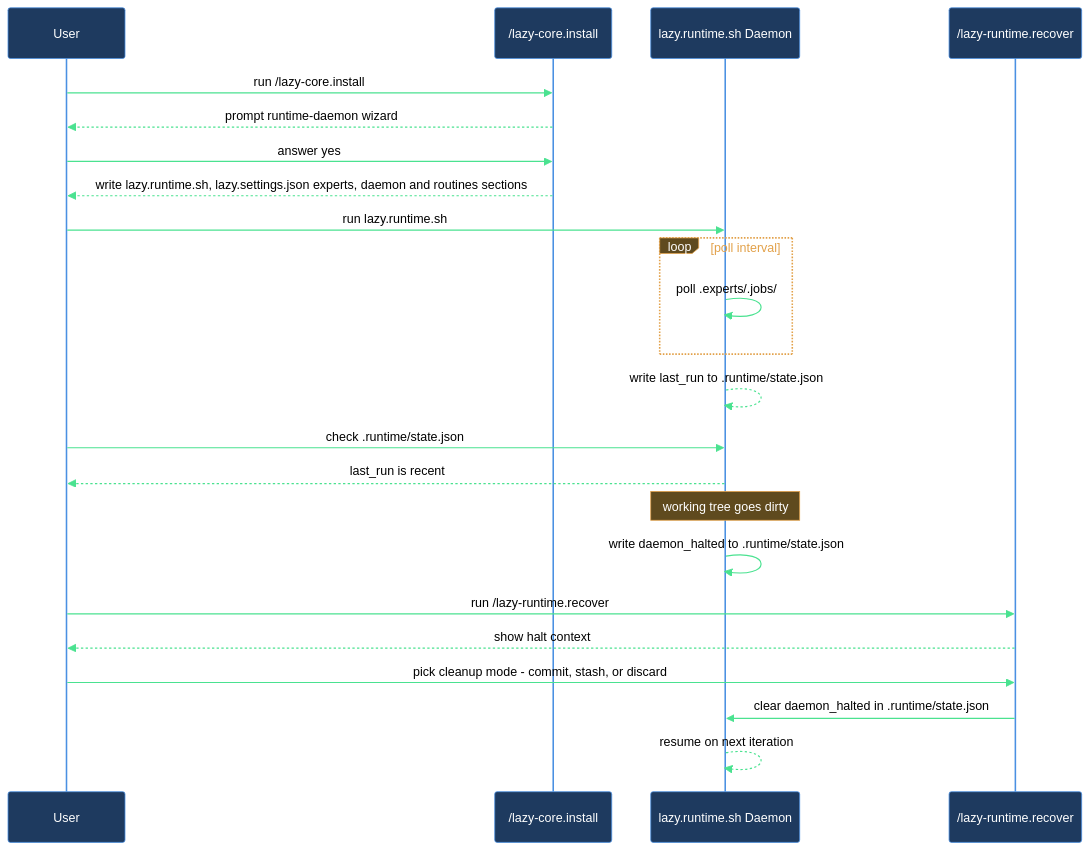
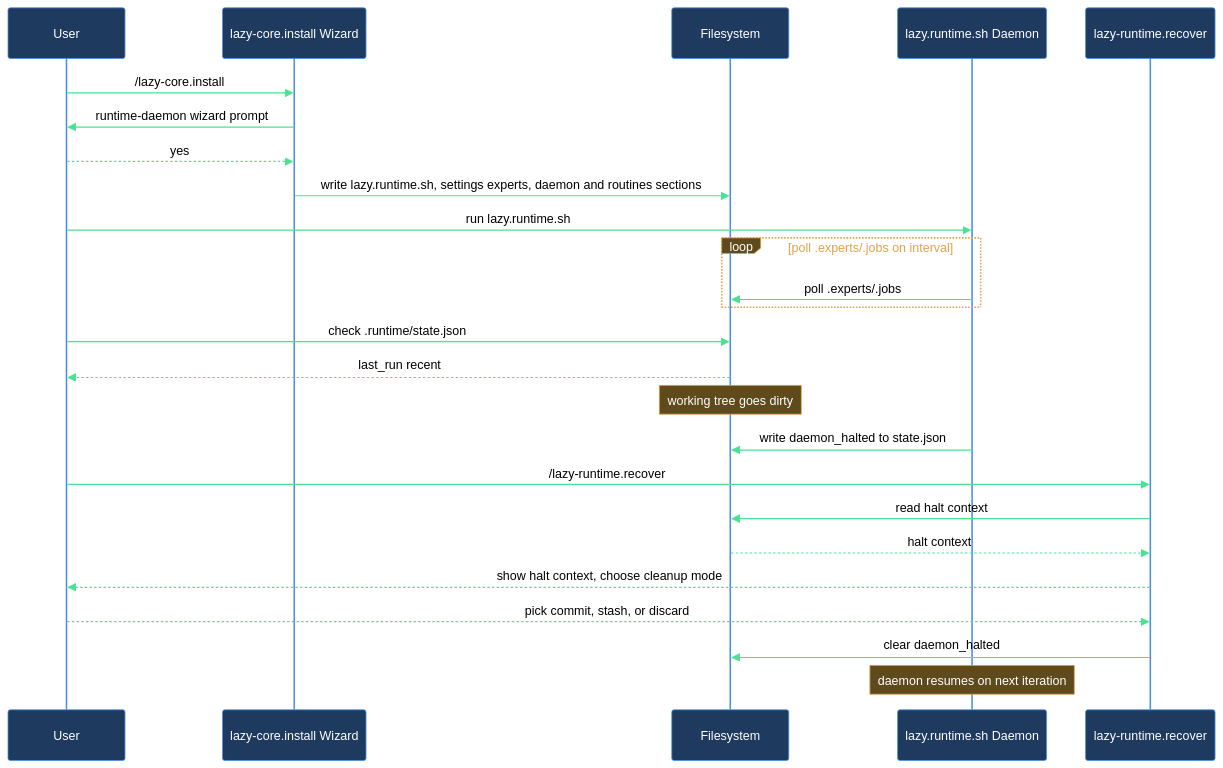
The diagram in claude/lazycortex-core/help/walkthroughs/setup-runtime.md (mebius-san/lazy-cortex), drawn with Mermaid before and after one commit. The commit also changed other lines of this file and 35 other files, not shown here.

````diff
--- a/claude/lazycortex-core/help/walkthroughs/setup-runtime.md
+++ b/claude/lazycortex-core/help/walkthroughs/setup-runtime.md
@@ -80,29 +94,29 @@
 ```mermaid
 %%{init: {'themeVariables':{'background':'transparent','primaryColor':'#1e3a5f','primaryBorderColor':'#4a90e2','primaryTextColor':'#fff','lineColor':'#4ae290','actorBkg':'#1e3a5f','actorBorder':'#4a90e2','actorTextColor':'#fff','actorLineColor':'#4a90e2','signalColor':'#4ae290','signalTextColor':'#000','noteBkgColor':'#5f4a1e','noteBorderColor':'#e2a14a','noteTextColor':'#fff','labelBoxBkgColor':'#5f4a1e','labelBoxBorderColor':'#e2a14a','labelTextColor':'#fff','loopTextColor':'#e2a14a'},'sequence':{'diagramPadding':5,'useMaxWidth':true}}}%%
 sequenceDiagram
   participant user as User
-  participant installWizard as /lazy-core.install
+  participant installWizard as lazy-core.install Wizard
+  participant fileSystem as Filesystem
   participant runtimeDaemon as lazy.runtime.sh Daemon
-  participant recoverSkill as /lazy-runtime.recover
+  participant recoverSkill as lazy-runtime.recover
 
-  user->>installWizard: run /lazy-core.install
-  installWizard-->>user: prompt runtime-daemon wizard
-  user->>installWizard: answer yes
-  installWizard-->>user: write lazy.runtime.sh, lazy.settings.json experts, daemon and routines sections
-
+  user->>installWizard: /lazy-core.install
+  installWizard->>user: runtime-daemon wizard prompt
+  user-->>installWizard: yes
+  installWizard->>fileSystem: write lazy.runtime.sh, settings experts, daemon and routines sections
   user->>runtimeDaemon: run lazy.runtime.sh
-  loop poll interval
-    runtimeDaemon->>runtimeDaemon: poll .experts/.jobs/
+  loop poll .experts/.jobs on interval
+    runtimeDaemon->>fileSystem: poll .experts/.jobs
   end
-  runtimeDaemon-->>runtimeDaemon: write last_run to .runtime/state.json
-  user->>runtimeDaemon: check .runtime/state.json
-  runtimeDaemon-->>user: last_run is recent
-
-  Note over runtimeDaemon: working tree goes dirty
-  runtimeDaemon->>runtimeDaemon: write daemon_halted to .runtime/state.json
-  user->>recoverSkill: run /lazy-runtime.recover
-  recoverSkill-->>user: show halt context
-  user->>recoverSkill: pick cleanup mode - commit, stash, or discard
-  recoverSkill->>runtimeDaemon: clear daemon_halted in .runtime/state.json
-  runtimeDaemon-->>runtimeDaemon: resume on next iteration
+  user->>fileSystem: check .runtime/state.json
+  fileSystem-->>user: last_run recent
+  Note over fileSystem: working tree goes dirty
+  runtimeDaemon->>fileSystem: write daemon_halted to state.json
+  user->>recoverSkill: /lazy-runtime.recover
+  recoverSkill->>fileSystem: read halt context
+  fileSystem-->>recoverSkill: halt context
+  recoverSkill-->>user: show halt context, choose cleanup mode
+  user-->>recoverSkill: pick commit, stash, or discard
+  recoverSkill->>fileSystem: clear daemon_halted
+  Note over runtimeDaemon: daemon resumes on next iteration
 ```
````
